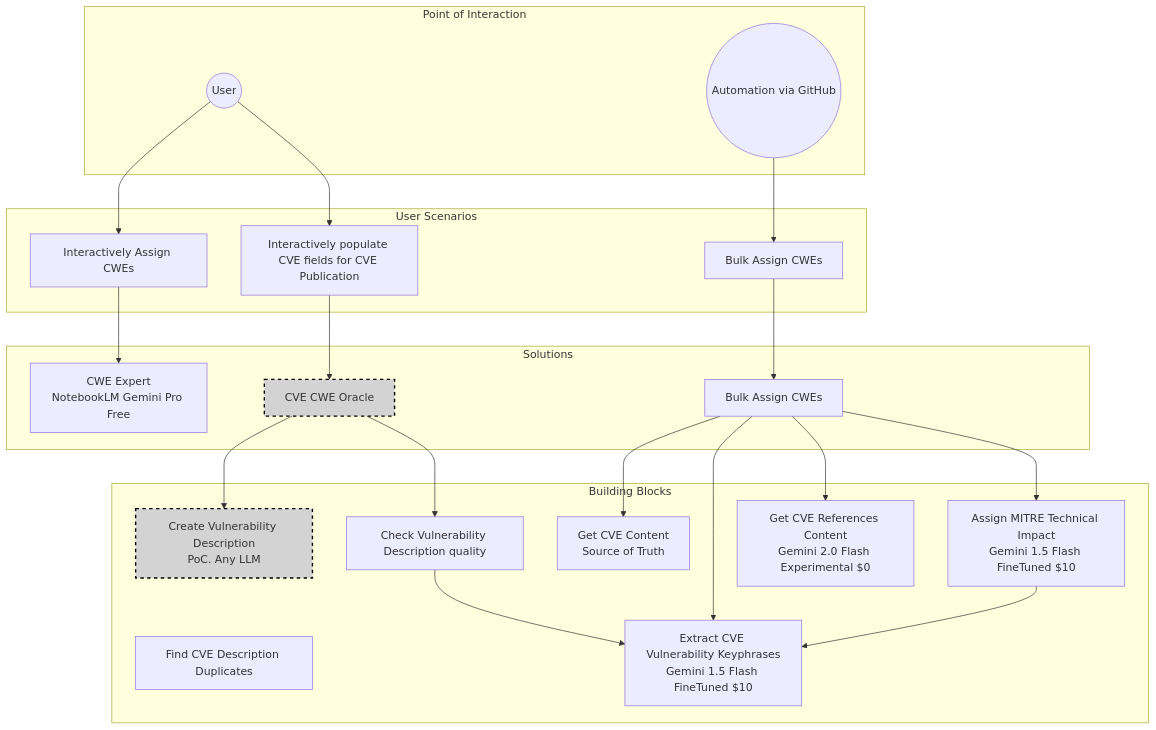
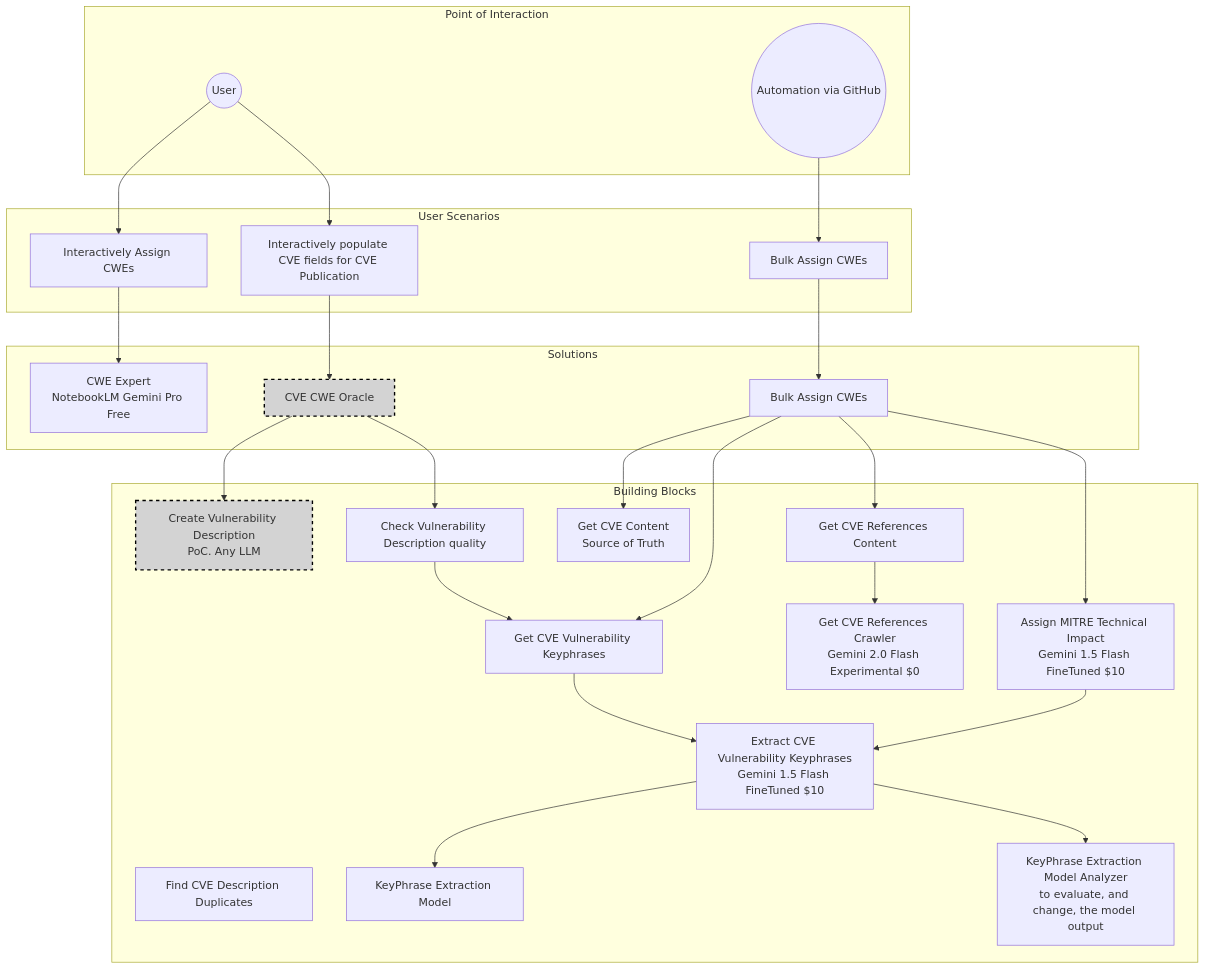
The first of 2 diagrams in profile/README.md (CyberSecAI/.github), drawn with Mermaid before and after one commit.

`````diff
--- a/profile/README.md
+++ b/profile/README.md
@@ -29,12 +29,15 @@
     subgraph Building Blocks
         getContent[Get CVE Content<br/>Source of Truth]
         findDuplicates[Find CVE Description Duplicates]
+        getKeyphrases[Get CVE Vulnerability Keyphrases]
         extractKeyphrases[Extract CVE Vulnerability Keyphrases<br/>Gemini 1.5 Flash FineTuned $10]
         assignImpact[Assign MITRE Technical Impact<br/>Gemini 1.5 Flash FineTuned $10]
-        getReferences[Get CVE References Content<br/>Gemini 2.0 Flash Experimental $0]
+        getReferences[Get CVE References Content]
+        getReferencesCrawler[Get CVE References Crawler<br/>Gemini 2.0 Flash Experimental $0]
         createVulnDesc[Create Vulnerability Description<br/>PoC. Any LLM]
         checkQuality[Check Vulnerability Description quality]
-
+        KeyPhraseExtractionModel[KeyPhrase Extraction Model]
+        KeyPhraseExtractionModelAnalyzer[KeyPhrase Extraction Model Analyzer<br>to evaluate, and change, the model output]
 
     end
 
@@ -47,15 +50,20 @@
     cvePublish --> cweCvePublisher
     cweCvePublisher --> createVulnDesc
     cweCvePublisher --> checkQuality
-    checkQuality --> extractKeyphrases
+    checkQuality --> getKeyphrases
+
 
     cweInteractively --> cweExpert
     bulkAssign --> bulkAssignSolution
     bulkAssignSolution --> getContent
-    bulkAssignSolution --> extractKeyphrases
+    bulkAssignSolution --> getKeyphrases
     bulkAssignSolution --> getReferences
     bulkAssignSolution --> assignImpact
     assignImpact --> extractKeyphrases
+    getReferences --> getReferencesCrawler
+    getKeyphrases --> extractKeyphrases
+    extractKeyphrases --> KeyPhraseExtractionModel
+    extractKeyphrases --> KeyPhraseExtractionModelAnalyzer
 
     %% Styling
     style cweCvePublisher fill:#d3d3d3,stroke:#000,stroke-width:2,stroke-dasharray:5 5
@@ -78,4 +86,7 @@
     click extractKeyphrases "https://github.com/CyberSecAI/cve_info" "Extract Keyphrases Tool" _blank
     %% click assignImpact "https://example.com/assign-impact" "Assign MITRE Technical Impact Tool" _blank
     click getReferences "https://github.com/CyberSecAI/cve_info_refs" "Get CVE References" _blank
+    click getReferencesCrawler "https://github.com/CyberSecAI/cve_info_refs_crawler" "Get CVE References" _blank
+    click KeyPhraseExtractionModel "https://github.com/CyberSecAI/KeyPhraseExtractionModel" "KeyPhrase Extraction Model" _blank
+    click KeyPhraseExtractionModelAnalyzer "https://github.com/CyberSecAI/keyphrase_analyzer" "KeyPhrase Extraction Model" _blank
 ````
`````
